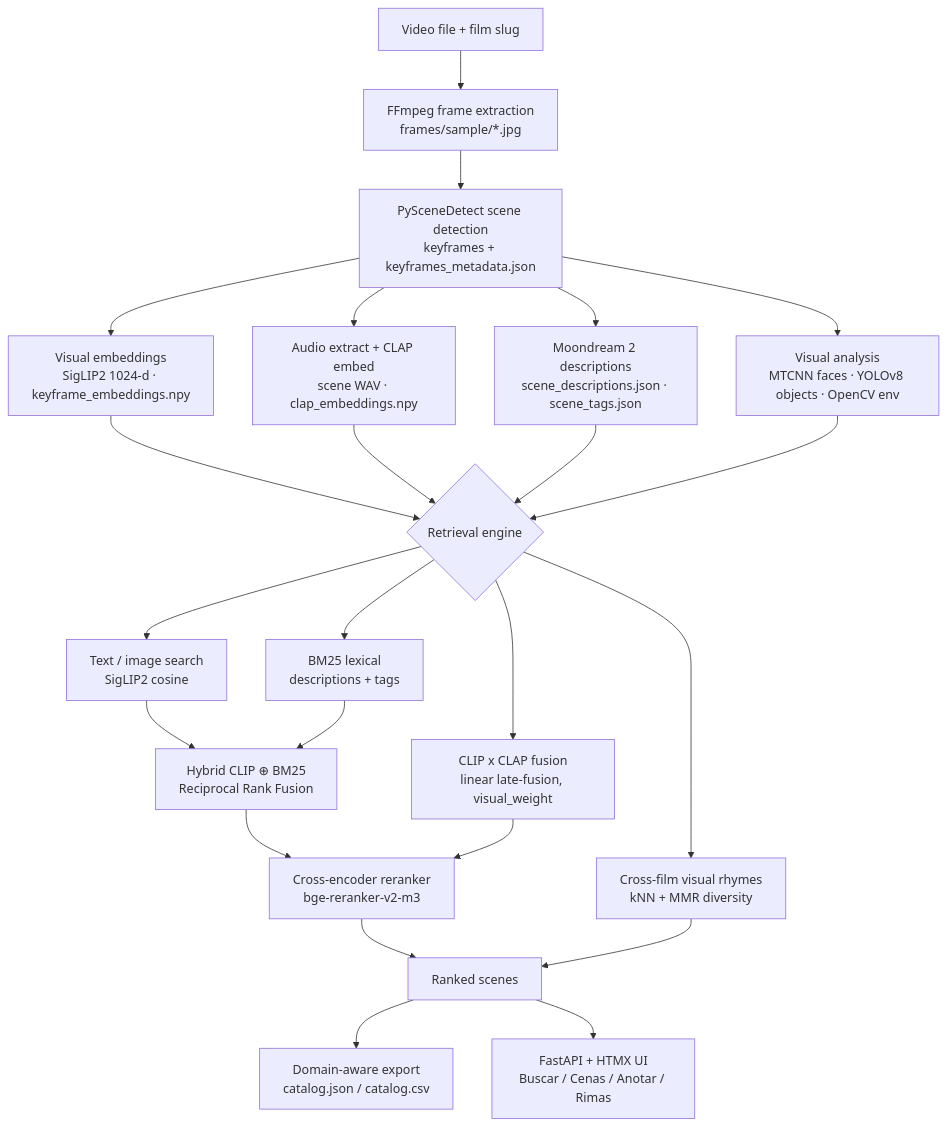
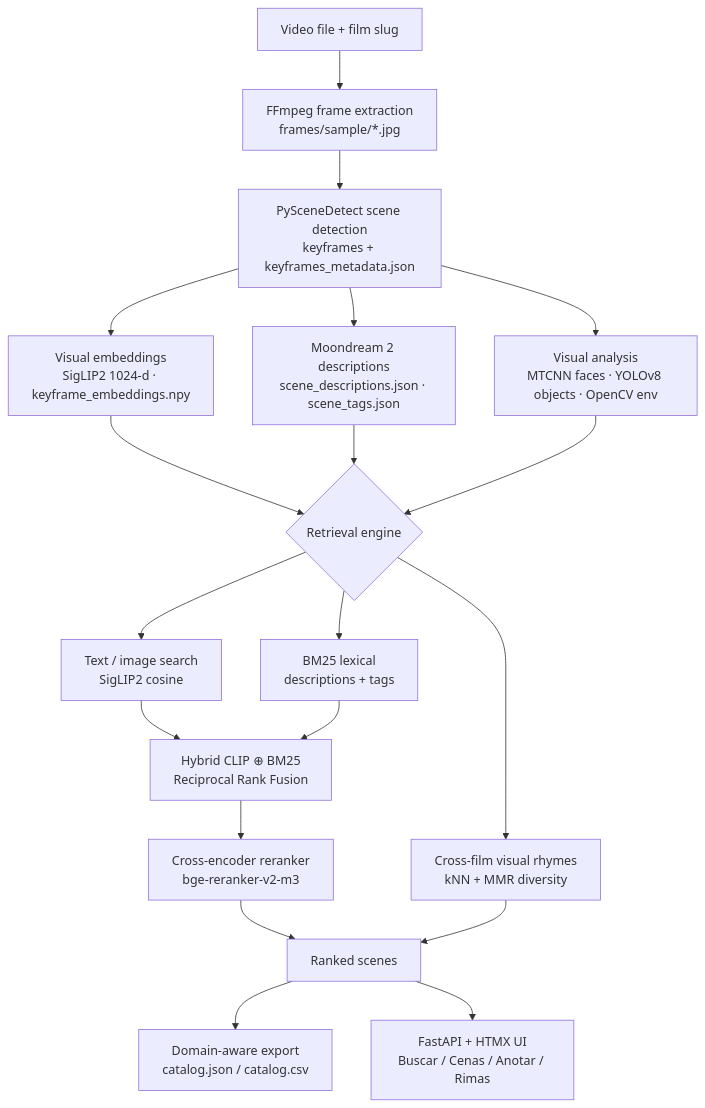
One commit to guto-mojica/kuaa changed the diagram in README.md. Above: the diagram before and after it, drawn with Mermaid. The commit also changed other lines of this file and 2 other files, not shown here.

Commit message:
docs(audio)!: reconcile docs to audio/fusion removal + purge Whisper remnants (R4)

````diff
--- a/README.md
+++ b/README.md
@@ -357,27 +345,23 @@
 ```mermaid
 flowchart TD
     V[Video file + film slug] --> FR[FFmpeg frame extraction<br/>frames/sample/*.jpg]
     FR --> SC[PySceneDetect scene detection<br/>keyframes + keyframes_metadata.json]
     SC --> VIS[Visual analysis<br/>MTCNN faces · YOLOv8 objects · OpenCV env]
     SC --> EMB[Visual embeddings<br/>SigLIP2 1024-d · keyframe_embeddings.npy]
-    SC --> AUD[Audio extract + CLAP embed<br/>scene WAV · clap_embeddings.npy]
     SC --> LLM[Moondream 2 descriptions<br/>scene_descriptions.json · scene_tags.json]
 
     EMB --> RET{Retrieval engine}
-    AUD --> RET
     LLM --> RET
     VIS --> RET
 
     RET --> TXT[Text / image search<br/>SigLIP2 cosine]
     RET --> BM25[BM25 lexical<br/>descriptions + tags]
     TXT --> HYB[Hybrid CLIP &oplus; BM25<br/>Reciprocal Rank Fusion]
     BM25 --> HYB
-    RET --> FUS[CLIP x CLAP fusion<br/>linear late-fusion, visual_weight]
     RET --> RHY[Cross-film visual rhymes<br/>kNN + MMR diversity]
     HYB --> RR[Cross-encoder reranker<br/>bge-reranker-v2-m3]
-    FUS --> RR
     RR --> RES[Ranked scenes]
     RHY --> RES
     RES --> EXP[Domain-aware export<br/>catalog.json / catalog.csv]
     RES --> UI[FastAPI + HTMX UI<br/>Buscar / Cenas / Anotar / Rimas]
 ```
````
